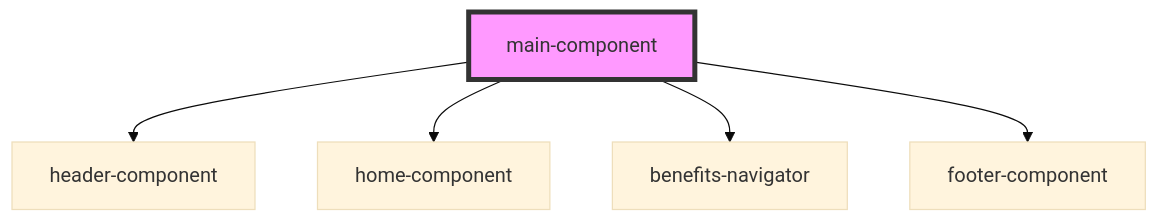
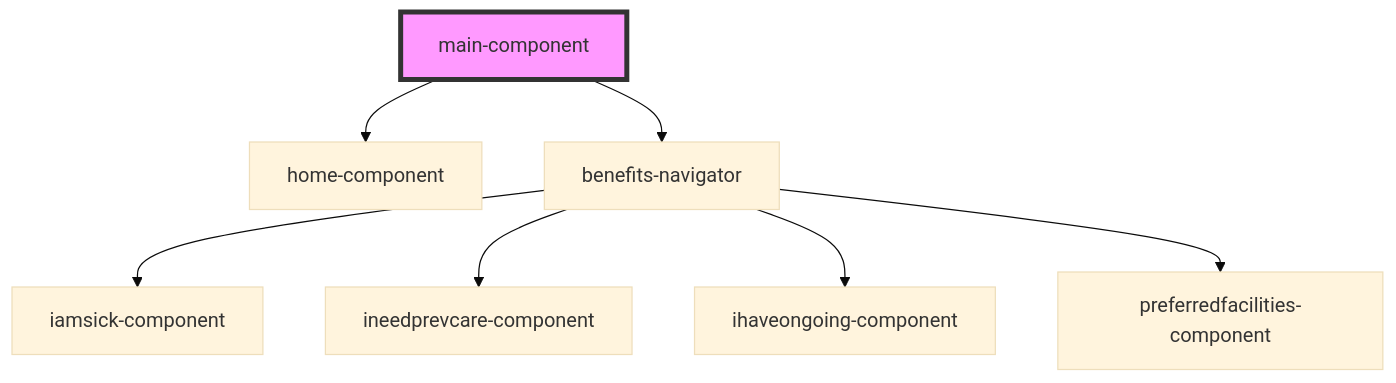
One commit to preethamreddy9998/stencil changed the diagram in src/components/pages/main-component/readme.md. Above: the diagram before and after it, drawn with Mermaid (base theme). The commit also changed other lines of this file and 80 other files, not shown here.

````diff
--- a/src/components/pages/main-component/readme.md
+++ b/src/components/pages/main-component/readme.md
@@ -18,8 +16,10 @@
 ```mermaid
 graph TD;
-  main-component --> header-component
   main-component --> home-component
   main-component --> benefits-navigator
-  main-component --> footer-component
+  benefits-navigator --> iamsick-component
+  benefits-navigator --> ineedprevcare-component
+  benefits-navigator --> ihaveongoing-component
+  benefits-navigator --> preferredfacilities-component
   style main-component fill:#f9f,stroke:#333,stroke-width:4px
 ```
````
